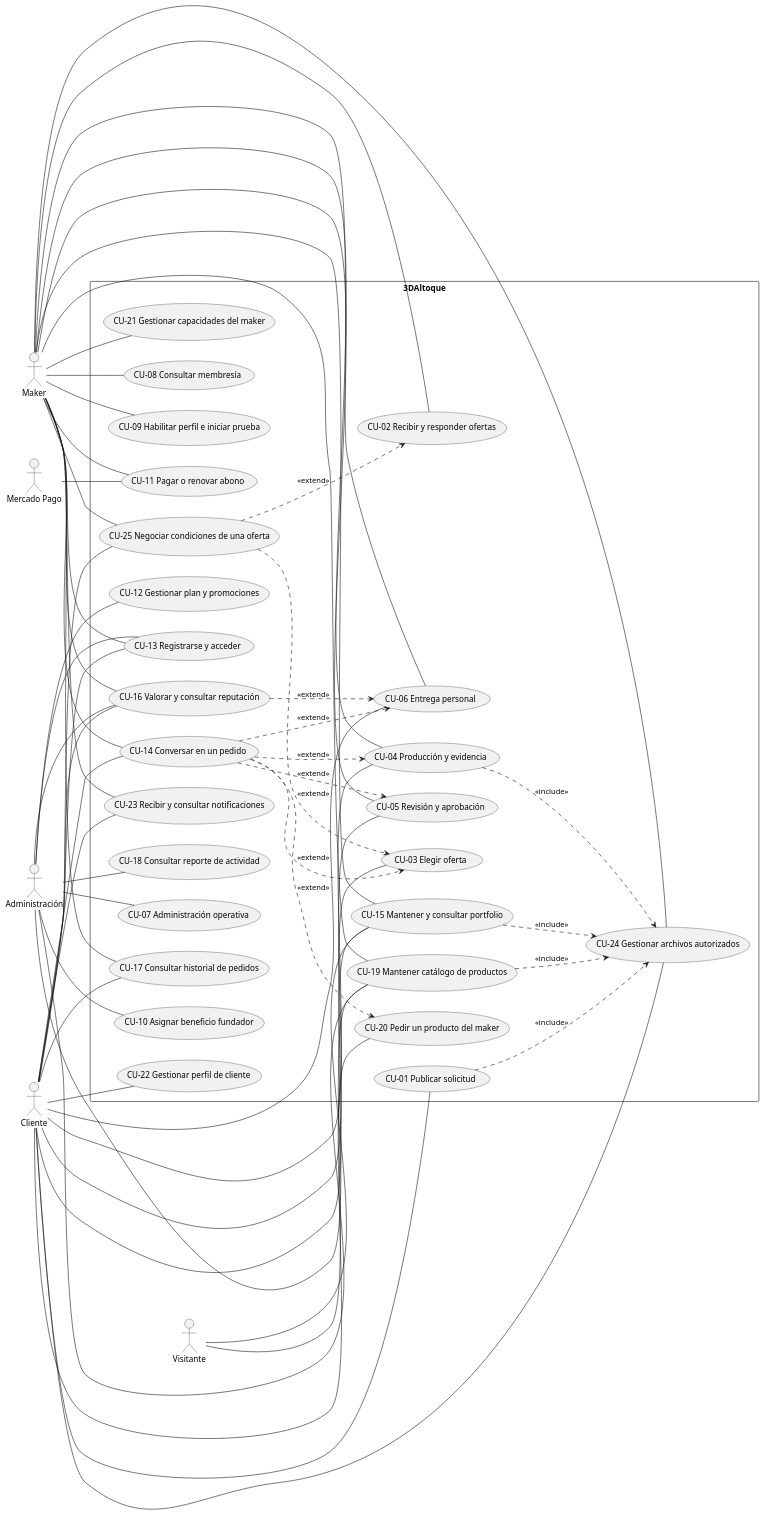
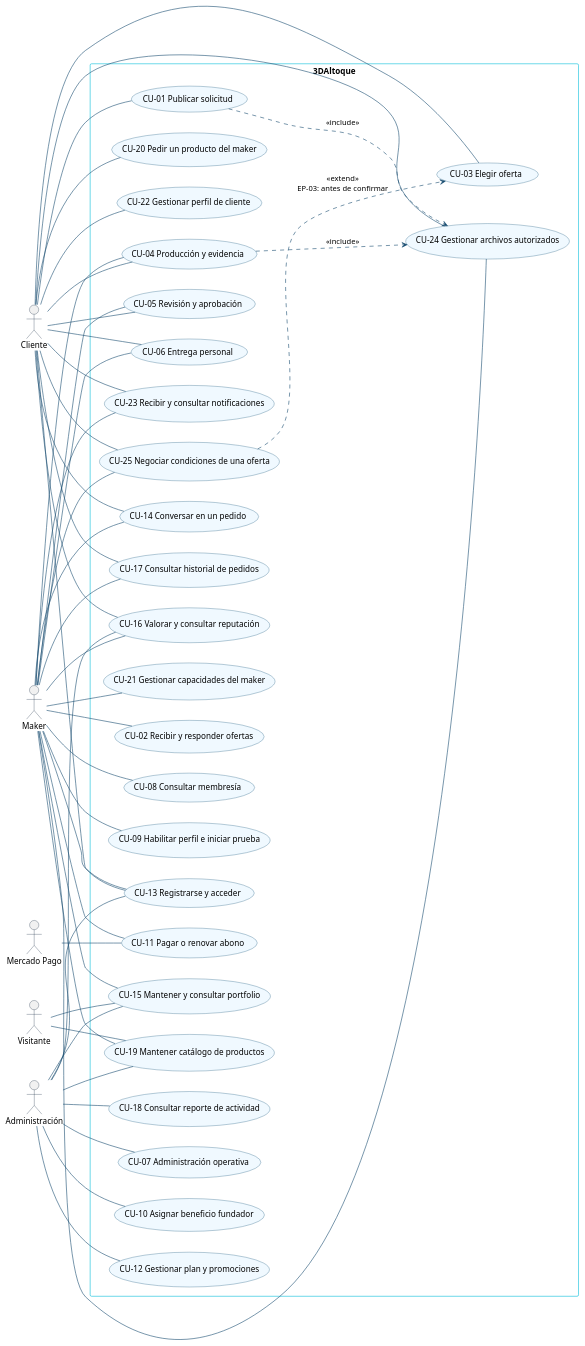
The first of 4 diagrams in src/content/docs/modelado/diagramas.md (chill0101/3daltoque-docs), drawn with PlantUML before and after one commit. The commit also changed 74 other files, not shown here.

````diff
--- a/src/content/docs/modelado/diagramas.md
+++ b/src/content/docs/modelado/diagramas.md
@@ -27,6 +27,14 @@
 ```plantuml
 @startuml
 left to right direction
+skinparam backgroundColor #FFFFFF
+skinparam defaultFontName Arial
+skinparam shadowing false
+skinparam usecaseBackgroundColor #F0F9FF
+skinparam usecaseBorderColor #0A4A70
+skinparam ArrowColor #174C70
+skinparam actorBorderColor #0B2038
+skinparam packageBorderColor #00BBD9
 actor Cliente
 actor Maker
 actor Visitante
@@ -101,18 +109,10 @@
 Maker -- CU24
 Cliente -- CU25
 Maker -- CU25
-' Relaciones <<include>> y <<extend>>
+
+' Inclusiones obligatorias y extensión con punto identificado
 CU01 ..> CU24 : <<include>>
 CU04 ..> CU24 : <<include>>
-CU15 ..> CU24 : <<include>>
-CU19 ..> CU24 : <<include>>
-CU14 ..> CU03 : <<extend>>
-CU14 ..> CU04 : <<extend>>
-CU14 ..> CU05 : <<extend>>
-CU14 ..> CU06 : <<extend>>
-CU14 ..> CU20 : <<extend>>
-CU25 ..> CU02 : <<extend>>
-CU25 ..> CU03 : <<extend>>
-CU16 ..> CU06 : <<extend>>
+CU25 ..> CU03 : <<extend>>\nEP-03: antes de confirmar
 @enduml
 ```
````
